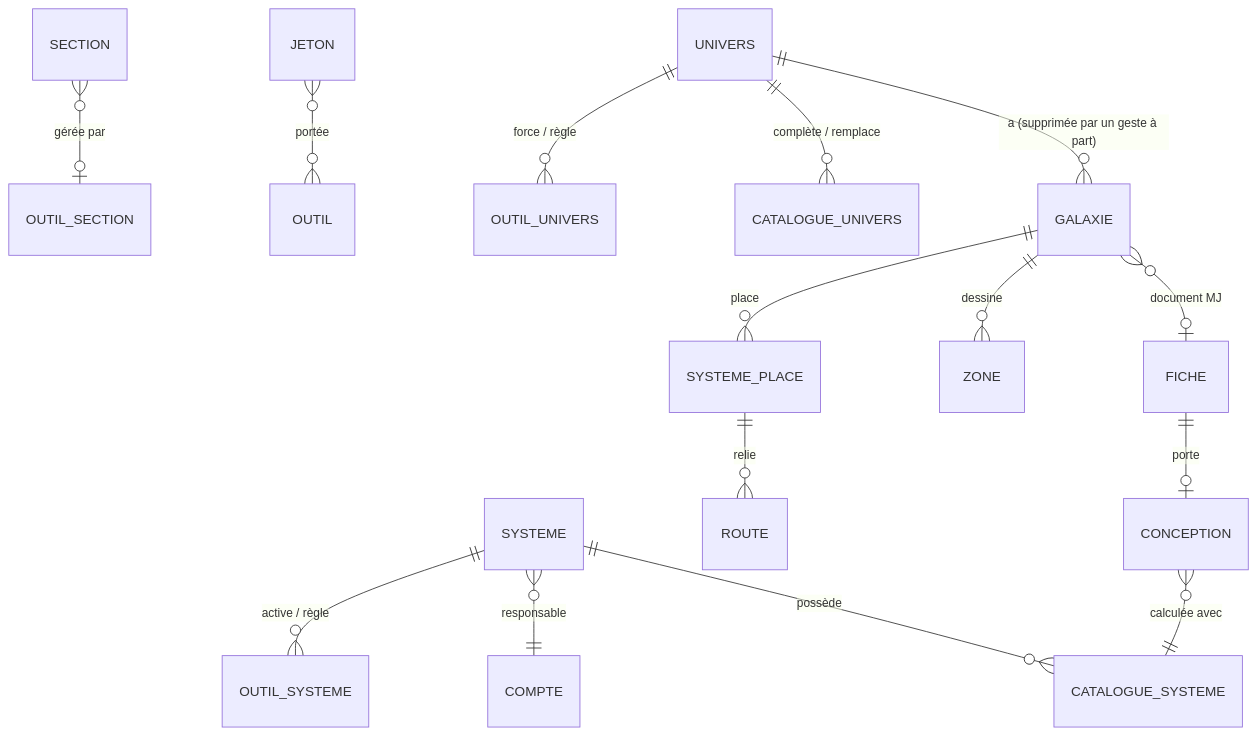
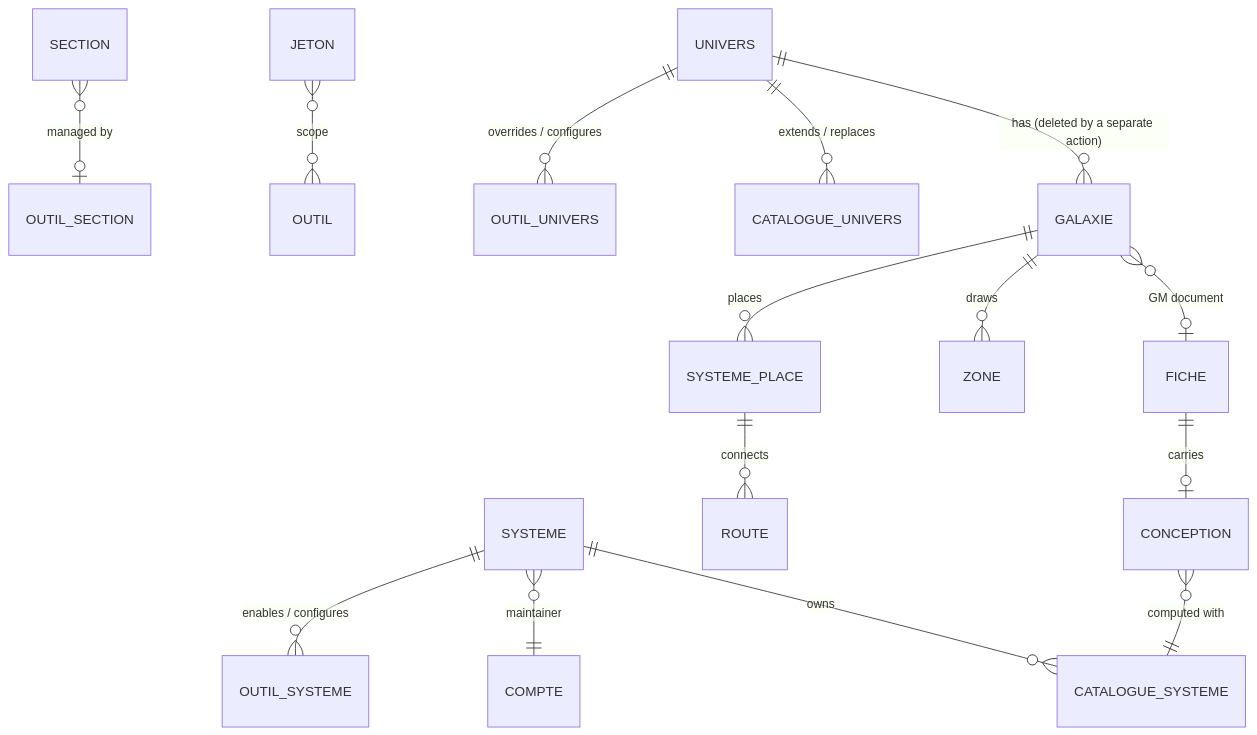
The second of 2 diagrams in docs/donnees.md (AntorFr/kanevas), drawn with Mermaid before and after one commit. The commit also changed other lines of this file, not shown here.

````diff
--- a/docs/donnees.md
+++ b/docs/donnees.md
@@ -541,17 +541,17 @@
 ```mermaid
 erDiagram
-  SYSTEME ||--o{ OUTIL_SYSTEME : "active / règle"
-  UNIVERS ||--o{ OUTIL_UNIVERS : "force / règle"
-  SYSTEME }o--|| COMPTE : "responsable"
-  SECTION }o--o| OUTIL_SECTION : "gérée par"
-  JETON }o--o{ OUTIL : "portée"
-  SYSTEME ||--o{ CATALOGUE_SYSTEME : "possède"
-  UNIVERS ||--o{ CATALOGUE_UNIVERS : "complète / remplace"
-  UNIVERS ||--o{ GALAXIE : "a (supprimée par un geste à part)"
-  GALAXIE ||--o{ SYSTEME_PLACE : "place"
-  SYSTEME_PLACE ||--o{ ROUTE : "relie"
-  GALAXIE ||--o{ ZONE : "dessine"
-  GALAXIE }o--o| FICHE : "document MJ"
-  FICHE ||--o| CONCEPTION : "porte"
-  CONCEPTION }o--|| CATALOGUE_SYSTEME : "calculée avec"
+  SYSTEME ||--o{ OUTIL_SYSTEME : "enables / configures"
+  UNIVERS ||--o{ OUTIL_UNIVERS : "overrides / configures"
+  SYSTEME }o--|| COMPTE : "maintainer"
+  SECTION }o--o| OUTIL_SECTION : "managed by"
+  JETON }o--o{ OUTIL : "scope"
+  SYSTEME ||--o{ CATALOGUE_SYSTEME : "owns"
+  UNIVERS ||--o{ CATALOGUE_UNIVERS : "extends / replaces"
+  UNIVERS ||--o{ GALAXIE : "has (deleted by a separate action)"
+  GALAXIE ||--o{ SYSTEME_PLACE : "places"
+  SYSTEME_PLACE ||--o{ ROUTE : "connects"
+  GALAXIE ||--o{ ZONE : "draws"
+  GALAXIE }o--o| FICHE : "GM document"
+  FICHE ||--o| CONCEPTION : "carries"
+  CONCEPTION }o--|| CATALOGUE_SYSTEME : "computed with"
 ```
````
